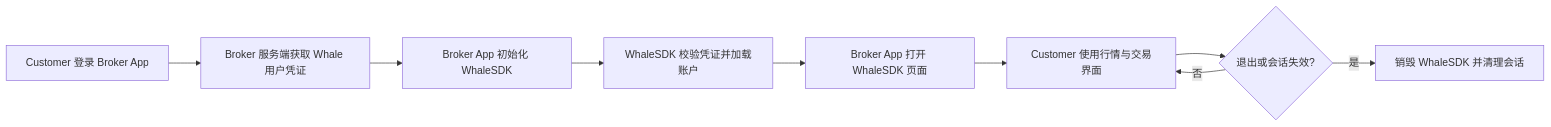
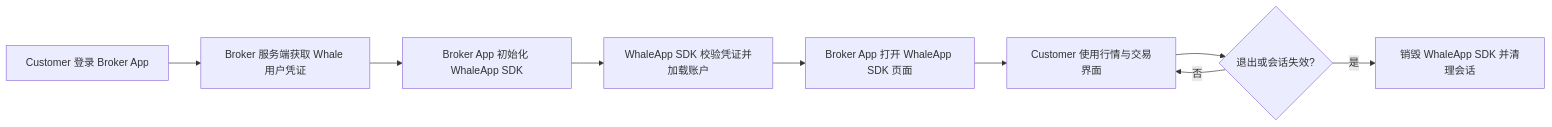
The diagram in cn/whalesdk/mobile-integration.mdx (longbridge/whale-docs), drawn with Mermaid before and after one commit. The commit also changed other lines of this file and 50 other files, not shown here.

Commit message:
docs: define Whale SDK product hierarchy

````diff
--- a/cn/whalesdk/mobile-integration.mdx
+++ b/cn/whalesdk/mobile-integration.mdx
@@ -8,11 +8,11 @@
 ```mermaid
 flowchart LR
     A[Customer 登录 Broker App] --> B[Broker 服务端获取 Whale 用户凭证]
-    B --> C[Broker App 初始化 WhaleSDK]
-    C --> D[WhaleSDK 校验凭证并加载账户]
-    D --> E[Broker App 打开 WhaleSDK 页面]
+    B --> C[Broker App 初始化 WhaleApp SDK]
+    C --> D[WhaleApp SDK 校验凭证并加载账户]
+    D --> E[Broker App 打开 WhaleApp SDK 页面]
     E --> F[Customer 使用行情与交易界面]
     F --> G{退出或会话失效?}
     G -- 否 --> F
-    G -- 是 --> H[销毁 WhaleSDK 并清理会话]
+    G -- 是 --> H[销毁 WhaleApp SDK 并清理会话]
 ```
````
